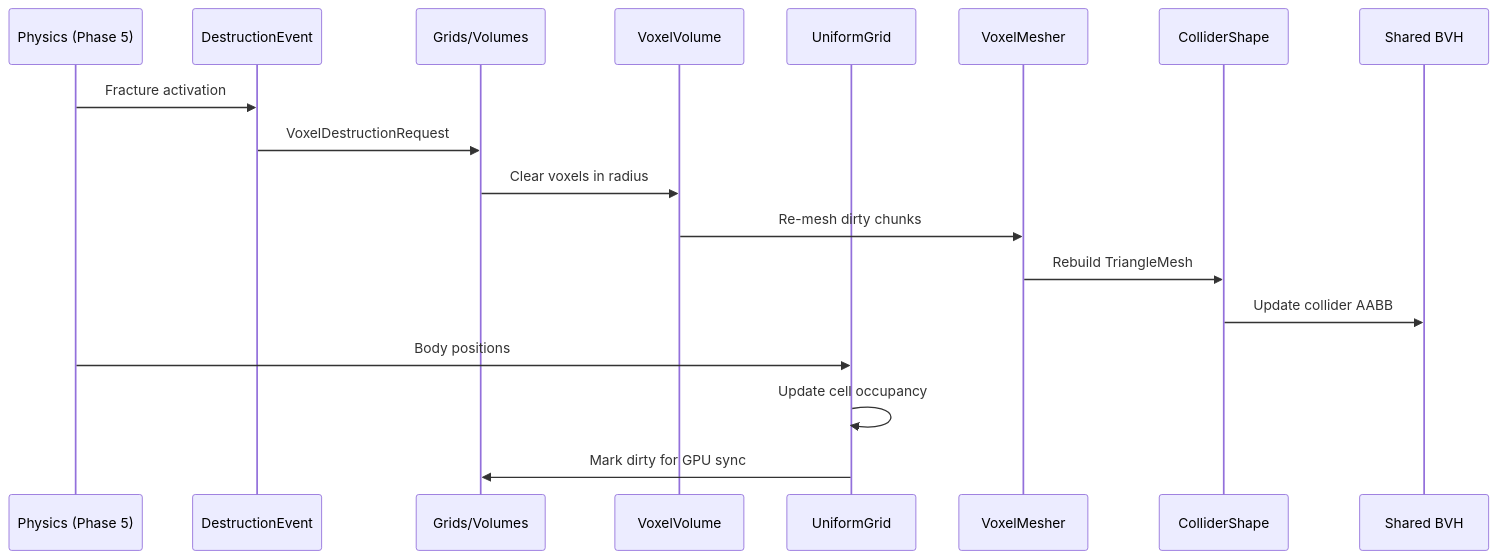
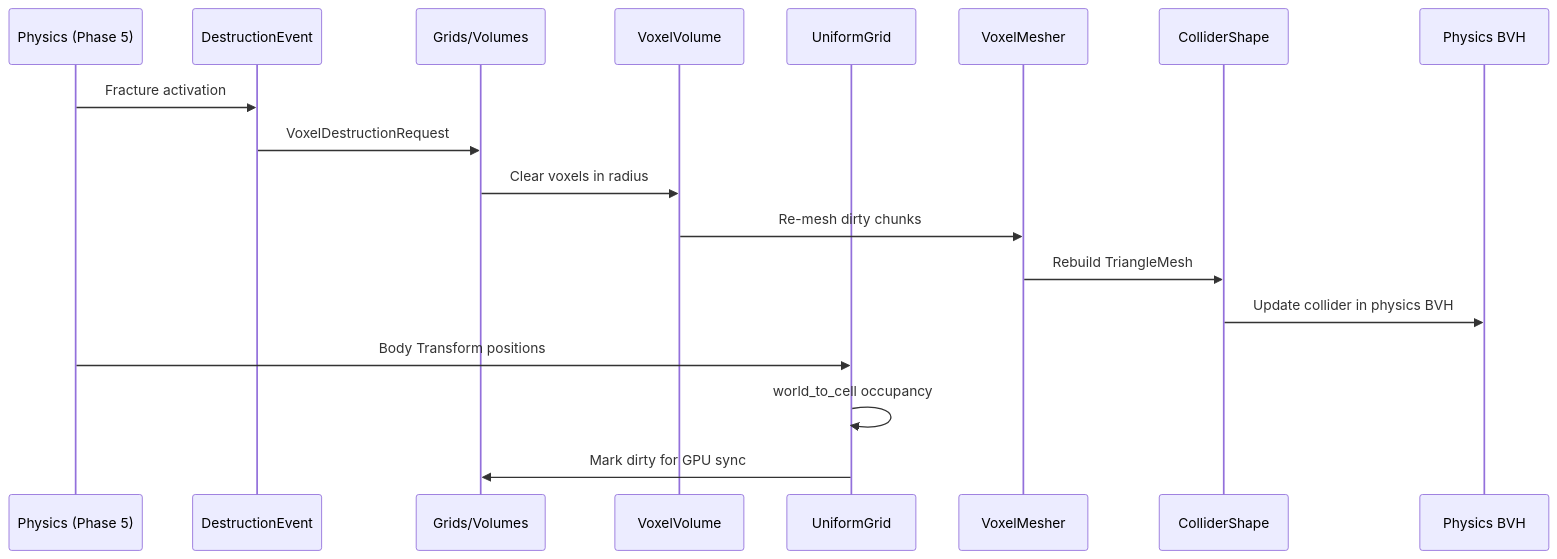
Before and after one commit to harmonius-dev/harmonius: the diagram in docs/design/integration/grids-volumes-physics.md, drawn with Mermaid. The commit also changed other lines of this file and 57 other files, not shown here.

````diff
--- a/docs/design/integration/grids-volumes-physics.md
+++ b/docs/design/integration/grids-volumes-physics.md
@@ -82,22 +117,22 @@
 ```mermaid
 sequenceDiagram
     participant PHYS as Physics (Phase 5)
     participant DE as DestructionEvent
     participant GV as Grids/Volumes
     participant VV as VoxelVolume
     participant UG as UniformGrid
     participant VM as VoxelMesher
     participant CS as ColliderShape
-    participant BVH as Shared BVH
+    participant PBVH as Physics BVH
 
     PHYS->>DE: Fracture activation
     DE->>GV: VoxelDestructionRequest
     GV->>VV: Clear voxels in radius
     VV->>VM: Re-mesh dirty chunks
     VM->>CS: Rebuild TriangleMesh
-    CS->>BVH: Update collider AABB
+    CS->>PBVH: Update collider in physics BVH
 
-    PHYS->>UG: Body positions
-    UG->>UG: Update cell occupancy
+    PHYS->>UG: Body Transform positions
+    UG->>UG: world_to_cell occupancy
     UG->>GV: Mark dirty for GPU sync
 ```
````
